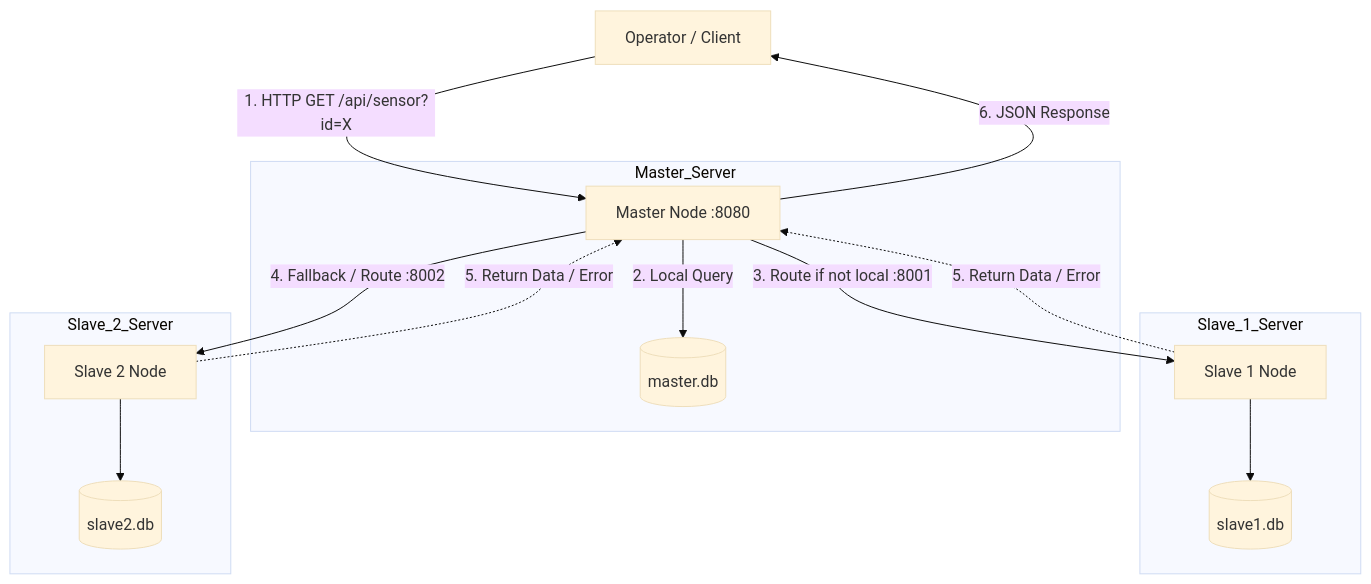
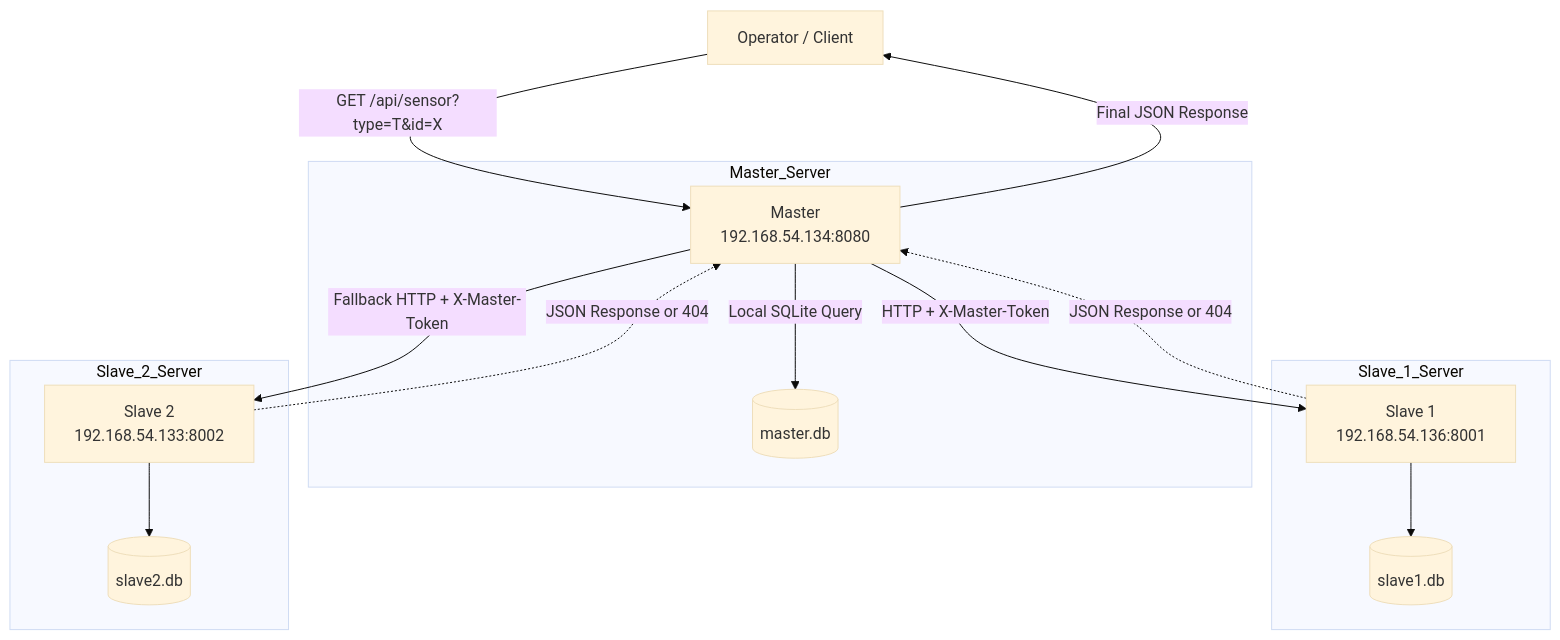
The diagram in 01/report.md (4rsh1y4/RTEmbeddedSystem_c-distributed-db-iot), drawn with Mermaid (base theme) before and after one commit. The commit also changed other lines of this file and 17 other files, not shown here.

````diff
--- a/01/report.md
+++ b/01/report.md
@@ -33,22 +37,22 @@
 ```mermaid
 graph TD
-    O[Operator / Client] -->|1. HTTP GET /api/sensor?id=X| M[Master Node :8080]
-    
+    O[Operator / Client] -->|GET /api/sensor?type=T&id=X| M[Master<br/>192.168.54.134:8080]
+
     subgraph Master_Server
-        M -->|2. Local Query| MDB[(master.db)]
+        M -->|Local SQLite Query| MDB[(master.db)]
     end
 
     subgraph Slave_1_Server
-        M -->|3. Route if not local :8001| S1[Slave 1 Node]
+        M -->|HTTP + X-Master-Token| S1[Slave 1<br/>192.168.54.136:8001]
         S1 --> S1DB[(slave1.db)]
     end
 
     subgraph Slave_2_Server
-        M -->|4. Fallback / Route :8002| S2[Slave 2 Node]
+        M -->|Fallback HTTP + X-Master-Token| S2[Slave 2<br/>192.168.54.133:8002]
         S2 --> S2DB[(slave2.db)]
     end
 
-    S1 -.->|5. Return Data / Error| M
-    S2 -.->|5. Return Data / Error| M
-    M -->|6. JSON Response| O
+    S1 -.->|JSON Response or 404| M
+    S2 -.->|JSON Response or 404| M
+    M -->|Final JSON Response| O
 ```
````
